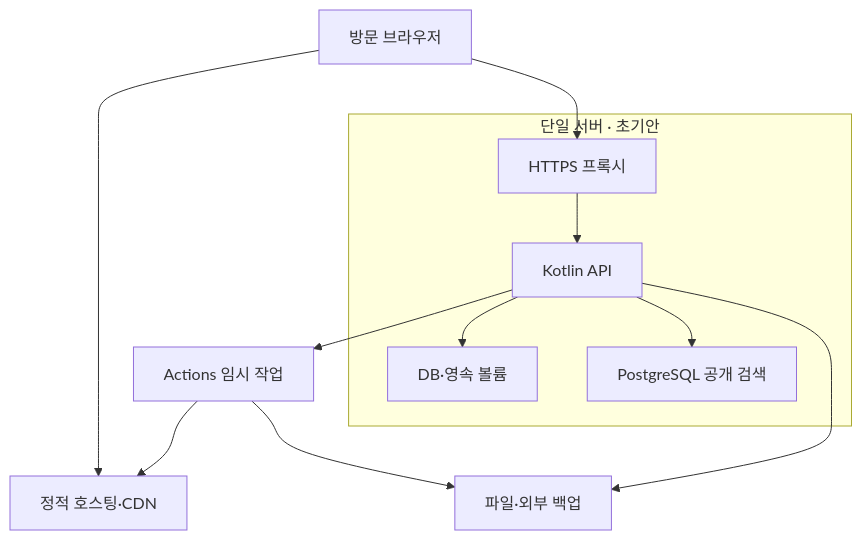
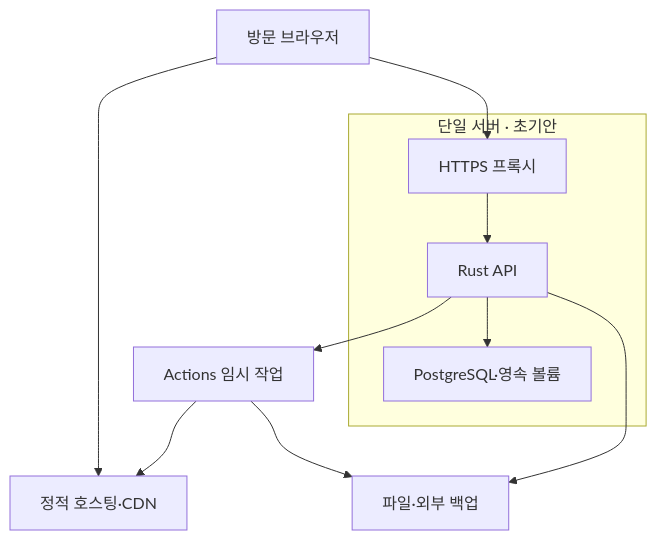
One commit to croppedeyebrow/DataGrizzly_Home changed the diagram in docs/02_architecture/16_인프라와_컨테이너_배치.md. Above: the diagram before and after it, drawn with Mermaid. The commit also changed other lines of this file and 206 other files, not shown here.

````diff
--- a/docs/02_architecture/16_인프라와_컨테이너_배치.md
+++ b/docs/02_architecture/16_인프라와_컨테이너_배치.md
@@ -16,14 +16,13 @@
 ```mermaid
 flowchart TD
  B[방문 브라우저] --> CDN[정적 호스팅·CDN]
  B --> PX[HTTPS 프록시]
  subgraph HOST[단일 서버 · 초기안]
- PX --> API[Kotlin API]
- API --> DB[DB·영속 볼륨]
- API --> CPP[PostgreSQL 공개 검색]
+ PX --> API[Rust API]
+ API --> DB[PostgreSQL·영속 볼륨]
  end
  API --> CI[Actions 임시 작업]
  CI --> CDN
  CI --> OBJ[파일·외부 백업]
  API --> OBJ
 ```
````
